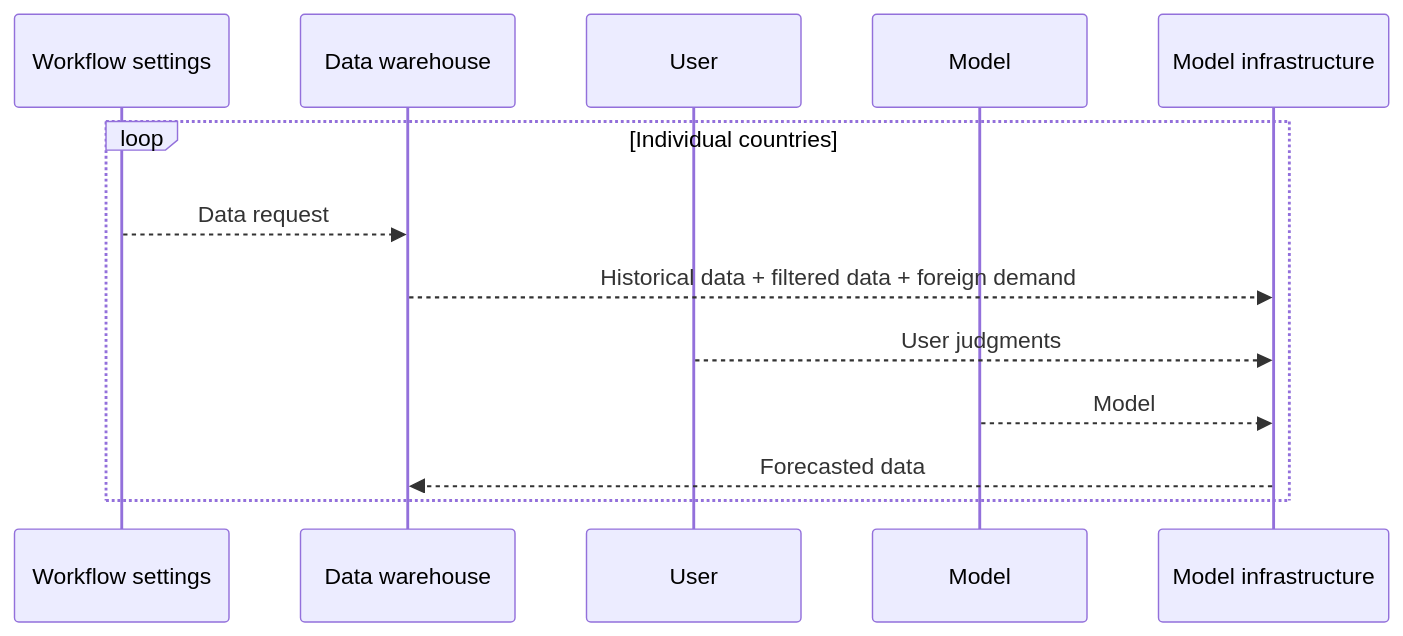
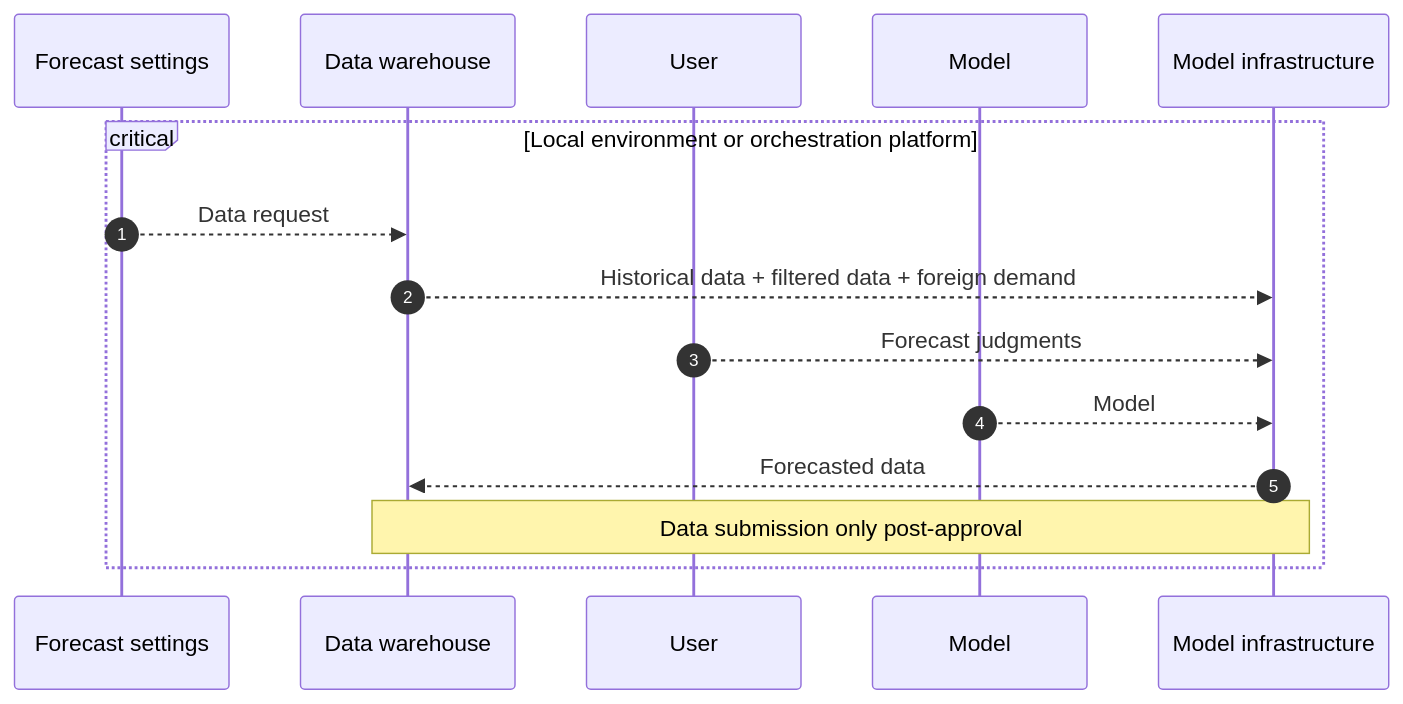
One commit to OGR-EIU/docs-workflows changed the second of 2 diagrams in forecast-workflow.md. Above: the diagram before and after it, drawn with Mermaid. The commit also changed other lines of this file, not shown here.

````diff
--- a/forecast-workflow.md
+++ b/forecast-workflow.md
@@ -5,16 +44,19 @@
 ```mermaid
 sequenceDiagram
-	participant WKF as Workflow settings
+	participant WRK as Forecast settings
 	participant DWH as Data warehouse
 	participant USR as User
 	participant MOD as Model
 	participant INF as Model infrastructure
 
-    loop Individual countries
-        WKF -->> DWH: Data request
-        DWH -->> INF: Historical data + filtered data + foreign demand
-        USR -->> INF: User judgments
-        MOD -->> INF: Model
-        INF -->> DWH: Forecasted data
+	autonumber
+
+    critical Local environment or orchestration platform
+		WRK -->> DWH: Data request
+		DWH -->> INF: Historical data + filtered data + foreign demand
+		USR -->> INF: Forecast judgments
+		MOD -->> INF: Model
+		INF -->> DWH: Forecasted data
+		Note over INF, DWH: Data submission only post-approval
     end
 ```
````
